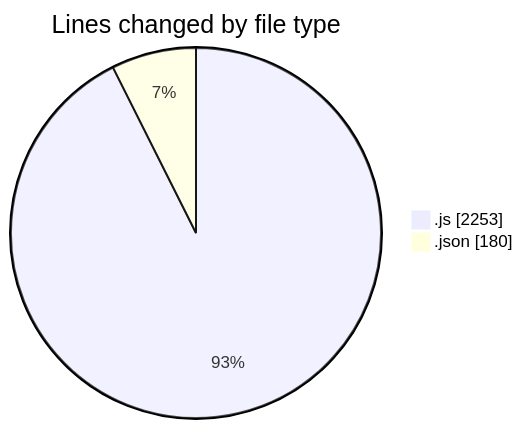
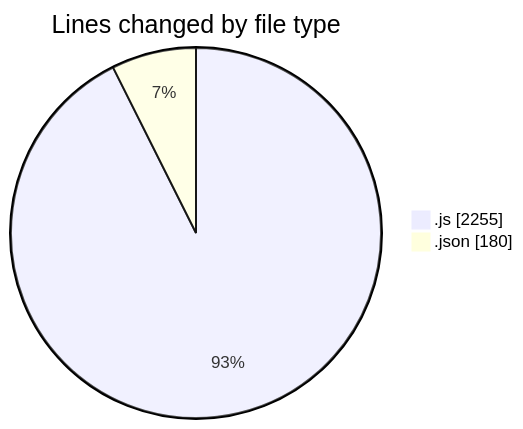
The first of 2 diagrams in 2025-08-03/javascript/README.md (Ritupan-Deka/code-tracking), drawn with Mermaid before and after one commit. The commit also changed other lines of this file and 1 other file, not shown here.

````diff
--- a/2025-08-03/javascript/README.md
+++ b/2025-08-03/javascript/README.md
@@ -25,6 +25,6 @@
 ```mermaid
 pie showData
 title Lines changed by file type
-".js" : 2253
+".js" : 2255
 ".json" : 180
 ```
````
